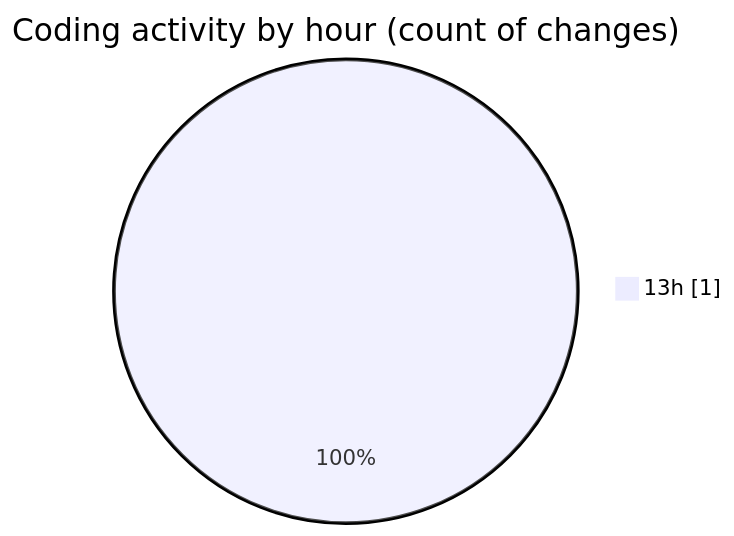
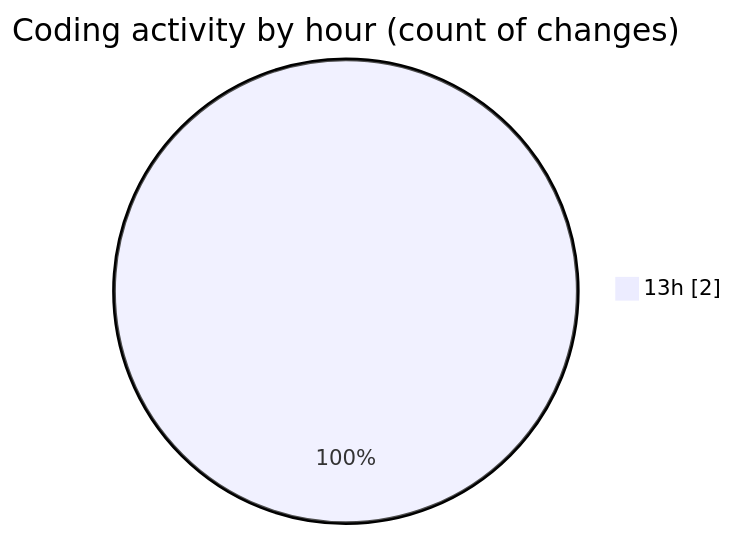
Before and after one commit to NitaiMahat/code-tracking: the second of 2 diagrams in 2025-02-21/project1/README.md, drawn with Mermaid. The commit also changed other lines of this file and 1 other file, not shown here.

````diff
--- a/2025-02-21/project1/README.md
+++ b/2025-02-21/project1/README.md
@@ -28,5 +28,5 @@
 ```mermaid
 pie showData
 title Coding activity by hour (count of changes)
-"13h" : 1
+"13h" : 2
 ```
````
